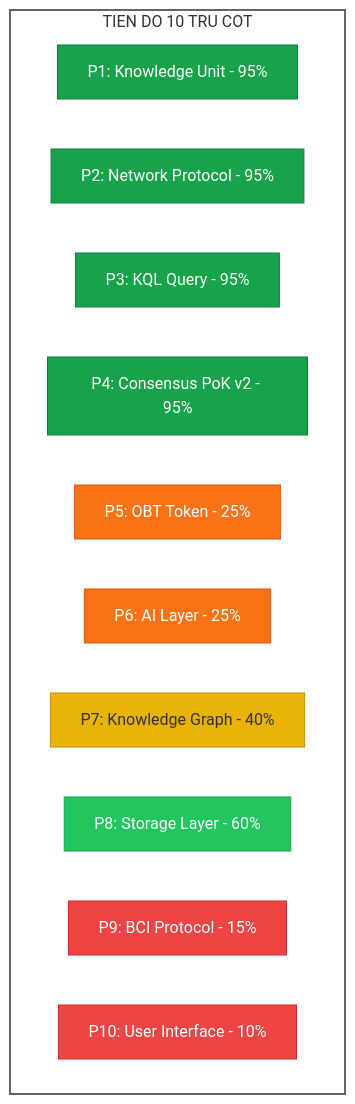
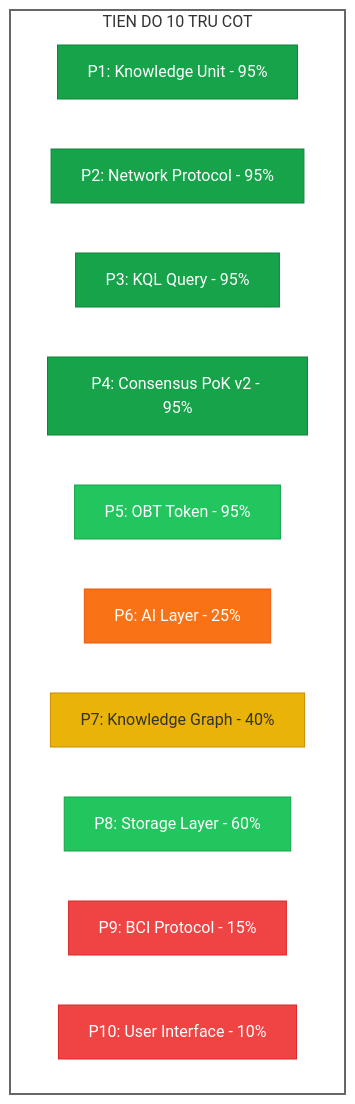
One commit to shpy2001gemi/OneBrain changed the first of 7 diagrams in docs/_archived_v5_DO_NOT_USE/PILLAR_REVIEW.md. Above: the diagram before and after it, drawn with Mermaid. The commit also changed other lines of this file and 95 other files, not shown here.

````diff
--- a/docs/_archived_v5_DO_NOT_USE/PILLAR_REVIEW.md
+++ b/docs/_archived_v5_DO_NOT_USE/PILLAR_REVIEW.md
@@ -13,27 +13,27 @@
 ```mermaid
 graph TD
     subgraph PILLARS["TIEN DO 10 TRU COT"]
         P1["P1: Knowledge Unit - 95%"]
         P2["P2: Network Protocol - 95%"]
         P3["P3: KQL Query - 95%"]
         P4["P4: Consensus PoK v2 - 95%"]
-        P5["P5: OBT Token - 25%"]
+        P5["P5: OBT Token - 95%"]
         P6["P6: AI Layer - 25%"]
         P7["P7: Knowledge Graph - 40%"]
         P8["P8: Storage Layer - 60%"]
         P9["P9: BCI Protocol - 15%"]
         P10["P10: User Interface - 10%"]
     end
 
     style P1 fill:#16a34a,stroke:#15803d,color:#fff
     style P2 fill:#16a34a,stroke:#15803d,color:#fff
     style P3 fill:#16a34a,stroke:#15803d,color:#fff
     style P4 fill:#16a34a,stroke:#15803d,color:#fff
-    style P5 fill:#f97316,stroke:#ea580c,color:#fff
+    style P5 fill:#22c55e,stroke:#16a34a,color:#fff
     style P6 fill:#f97316,stroke:#ea580c,color:#fff
     style P7 fill:#eab308,stroke:#ca8a04,color:#333
     style P8 fill:#22c55e,stroke:#16a34a,color:#fff
     style P9 fill:#ef4444,stroke:#dc2626,color:#fff
     style P10 fill:#ef4444,stroke:#dc2626,color:#fff
     style PILLARS fill:none,stroke:#666,stroke-width:2px
 ```
````
